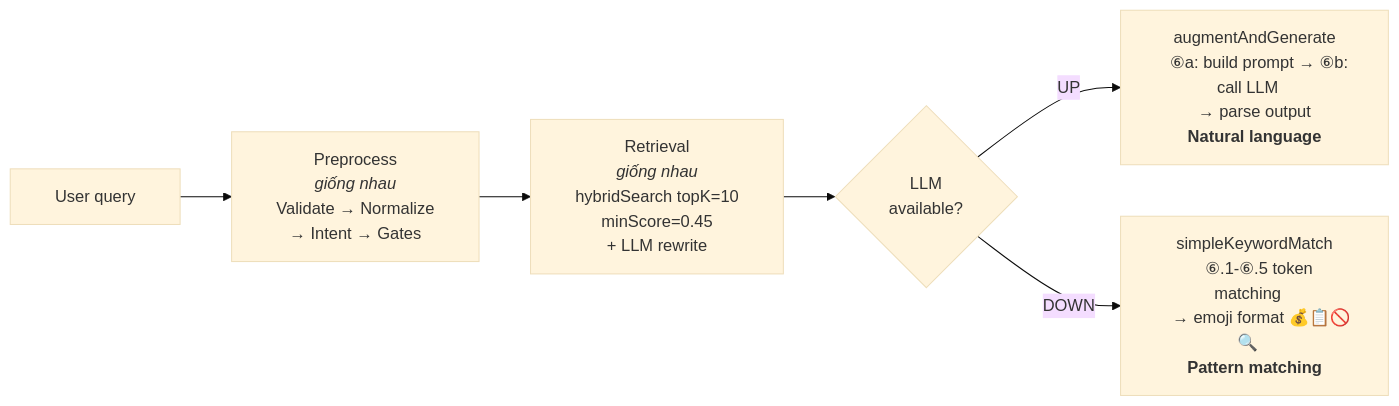
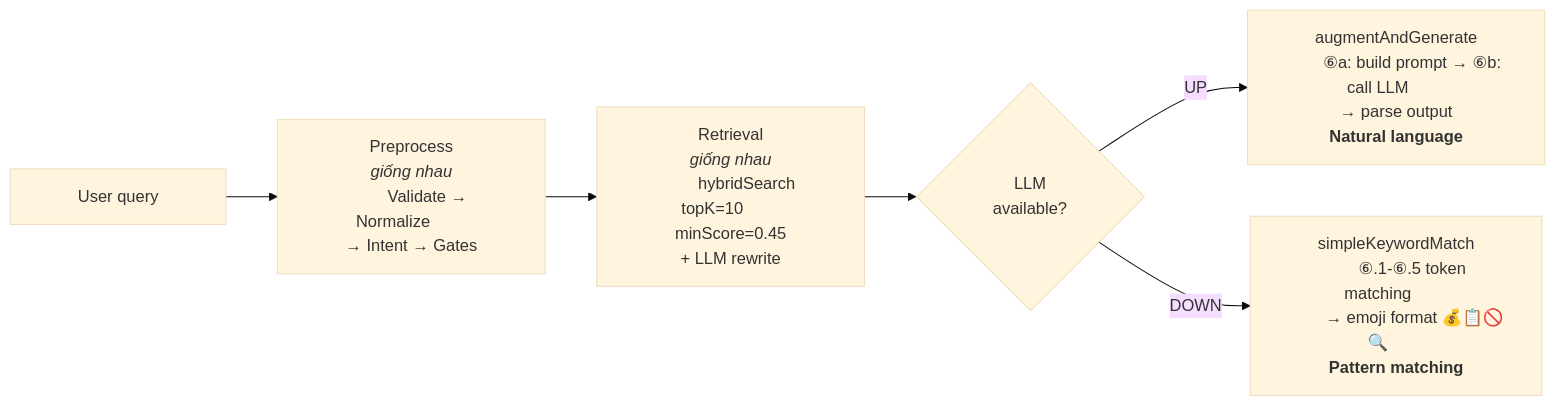
The second of 2 diagrams in backend/RAG_CHATBOT_PIPELINE.md (MinhThang1009/E-commerce-website), drawn with Mermaid (base theme) before and after one commit. The commit also changed other lines of this file, not shown here.

Commit message:
docs(ai): tăng &nbsp; padding 3x → 8x cho Mermaid nodes

````diff
--- a/backend/RAG_CHATBOT_PIPELINE.md
+++ b/backend/RAG_CHATBOT_PIPELINE.md
@@ -380,8 +380,8 @@
 ```mermaid
 flowchart LR
-    A["&nbsp;&nbsp;&nbsp;User query&nbsp;&nbsp;&nbsp;"] --> B["&nbsp;&nbsp;&nbsp;Preprocess&nbsp;&nbsp;&nbsp;<br/>&nbsp;&nbsp;&nbsp;<i>giống nhau</i>&nbsp;&nbsp;&nbsp;<br/>&nbsp;&nbsp;&nbsp;Validate → Normalize&nbsp;&nbsp;&nbsp;<br/>&nbsp;&nbsp;&nbsp;→ Intent → Gates&nbsp;&nbsp;&nbsp;"]
-    B --> C["&nbsp;&nbsp;&nbsp;Retrieval&nbsp;&nbsp;&nbsp;<br/>&nbsp;&nbsp;&nbsp;<i>giống nhau</i>&nbsp;&nbsp;&nbsp;<br/>&nbsp;&nbsp;&nbsp;hybridSearch topK=10&nbsp;&nbsp;&nbsp;<br/>&nbsp;&nbsp;&nbsp;minScore=0.45&nbsp;&nbsp;&nbsp;<br/>&nbsp;&nbsp;&nbsp;+ LLM rewrite&nbsp;&nbsp;&nbsp;"]
-    C --> D{"&nbsp;&nbsp;&nbsp;LLM&nbsp;&nbsp;&nbsp;<br/>&nbsp;&nbsp;&nbsp;available?&nbsp;&nbsp;&nbsp;"}
-    D -->|UP| E["&nbsp;&nbsp;&nbsp;augmentAndGenerate&nbsp;&nbsp;&nbsp;<br/>&nbsp;&nbsp;&nbsp;⑥a: build prompt → ⑥b: call LLM&nbsp;&nbsp;&nbsp;<br/>&nbsp;&nbsp;&nbsp;→ parse output&nbsp;&nbsp;&nbsp;<br/>&nbsp;&nbsp;&nbsp;<b>Natural language</b>&nbsp;&nbsp;&nbsp;"]
-    D -->|DOWN| F["&nbsp;&nbsp;&nbsp;simpleKeywordMatch&nbsp;&nbsp;&nbsp;<br/>&nbsp;&nbsp;&nbsp;⑥.1-⑥.5 token matching&nbsp;&nbsp;&nbsp;<br/>&nbsp;&nbsp;&nbsp;→ emoji format 💰📋🚫🔍&nbsp;&nbsp;&nbsp;<br/>&nbsp;&nbsp;&nbsp;<b>Pattern matching</b>&nbsp;&nbsp;&nbsp;"]
+    A["&nbsp;&nbsp;&nbsp;&nbsp;&nbsp;&nbsp;&nbsp;&nbsp;User query&nbsp;&nbsp;&nbsp;&nbsp;&nbsp;&nbsp;&nbsp;&nbsp;"] --> B["&nbsp;&nbsp;&nbsp;&nbsp;&nbsp;&nbsp;&nbsp;&nbsp;Preprocess&nbsp;&nbsp;&nbsp;&nbsp;&nbsp;&nbsp;&nbsp;&nbsp;<br/>&nbsp;&nbsp;&nbsp;&nbsp;&nbsp;&nbsp;&nbsp;&nbsp;<i>giống nhau</i>&nbsp;&nbsp;&nbsp;&nbsp;&nbsp;&nbsp;&nbsp;&nbsp;<br/>&nbsp;&nbsp;&nbsp;&nbsp;&nbsp;&nbsp;&nbsp;&nbsp;Validate → Normalize&nbsp;&nbsp;&nbsp;&nbsp;&nbsp;&nbsp;&nbsp;&nbsp;<br/>&nbsp;&nbsp;&nbsp;&nbsp;&nbsp;&nbsp;&nbsp;&nbsp;→ Intent → Gates&nbsp;&nbsp;&nbsp;&nbsp;&nbsp;&nbsp;&nbsp;&nbsp;"]
+    B --> C["&nbsp;&nbsp;&nbsp;&nbsp;&nbsp;&nbsp;&nbsp;&nbsp;Retrieval&nbsp;&nbsp;&nbsp;&nbsp;&nbsp;&nbsp;&nbsp;&nbsp;<br/>&nbsp;&nbsp;&nbsp;&nbsp;&nbsp;&nbsp;&nbsp;&nbsp;<i>giống nhau</i>&nbsp;&nbsp;&nbsp;&nbsp;&nbsp;&nbsp;&nbsp;&nbsp;<br/>&nbsp;&nbsp;&nbsp;&nbsp;&nbsp;&nbsp;&nbsp;&nbsp;hybridSearch topK=10&nbsp;&nbsp;&nbsp;&nbsp;&nbsp;&nbsp;&nbsp;&nbsp;<br/>&nbsp;&nbsp;&nbsp;&nbsp;&nbsp;&nbsp;&nbsp;&nbsp;minScore=0.45&nbsp;&nbsp;&nbsp;&nbsp;&nbsp;&nbsp;&nbsp;&nbsp;<br/>&nbsp;&nbsp;&nbsp;&nbsp;&nbsp;&nbsp;&nbsp;&nbsp;+ LLM rewrite&nbsp;&nbsp;&nbsp;&nbsp;&nbsp;&nbsp;&nbsp;&nbsp;"]
+    C --> D{"&nbsp;&nbsp;&nbsp;&nbsp;&nbsp;&nbsp;&nbsp;&nbsp;LLM&nbsp;&nbsp;&nbsp;&nbsp;&nbsp;&nbsp;&nbsp;&nbsp;<br/>&nbsp;&nbsp;&nbsp;&nbsp;&nbsp;&nbsp;&nbsp;&nbsp;available?&nbsp;&nbsp;&nbsp;&nbsp;&nbsp;&nbsp;&nbsp;&nbsp;"}
+    D -->|UP| E["&nbsp;&nbsp;&nbsp;&nbsp;&nbsp;&nbsp;&nbsp;&nbsp;augmentAndGenerate&nbsp;&nbsp;&nbsp;&nbsp;&nbsp;&nbsp;&nbsp;&nbsp;<br/>&nbsp;&nbsp;&nbsp;&nbsp;&nbsp;&nbsp;&nbsp;&nbsp;⑥a: build prompt → ⑥b: call LLM&nbsp;&nbsp;&nbsp;&nbsp;&nbsp;&nbsp;&nbsp;&nbsp;<br/>&nbsp;&nbsp;&nbsp;&nbsp;&nbsp;&nbsp;&nbsp;&nbsp;→ parse output&nbsp;&nbsp;&nbsp;&nbsp;&nbsp;&nbsp;&nbsp;&nbsp;<br/>&nbsp;&nbsp;&nbsp;&nbsp;&nbsp;&nbsp;&nbsp;&nbsp;<b>Natural language</b>&nbsp;&nbsp;&nbsp;&nbsp;&nbsp;&nbsp;&nbsp;&nbsp;"]
+    D -->|DOWN| F["&nbsp;&nbsp;&nbsp;&nbsp;&nbsp;&nbsp;&nbsp;&nbsp;simpleKeywordMatch&nbsp;&nbsp;&nbsp;&nbsp;&nbsp;&nbsp;&nbsp;&nbsp;<br/>&nbsp;&nbsp;&nbsp;&nbsp;&nbsp;&nbsp;&nbsp;&nbsp;⑥.1-⑥.5 token matching&nbsp;&nbsp;&nbsp;&nbsp;&nbsp;&nbsp;&nbsp;&nbsp;<br/>&nbsp;&nbsp;&nbsp;&nbsp;&nbsp;&nbsp;&nbsp;&nbsp;→ emoji format 💰📋🚫🔍&nbsp;&nbsp;&nbsp;&nbsp;&nbsp;&nbsp;&nbsp;&nbsp;<br/>&nbsp;&nbsp;&nbsp;&nbsp;&nbsp;&nbsp;&nbsp;&nbsp;<b>Pattern matching</b>&nbsp;&nbsp;&nbsp;&nbsp;&nbsp;&nbsp;&nbsp;&nbsp;"]
 ```
````
